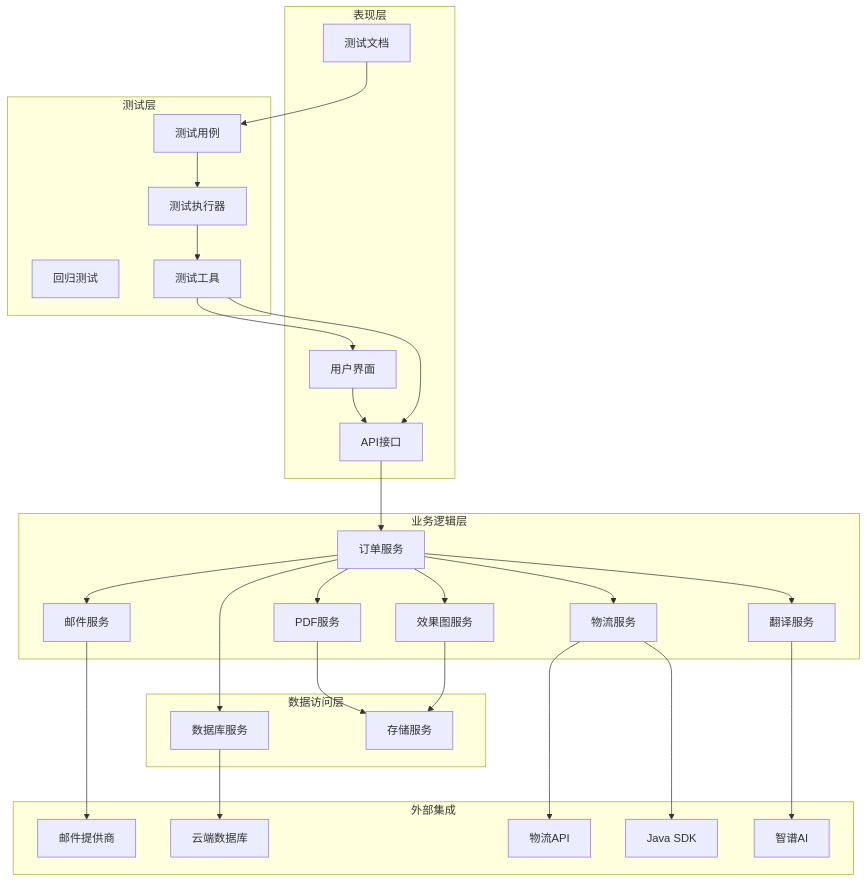
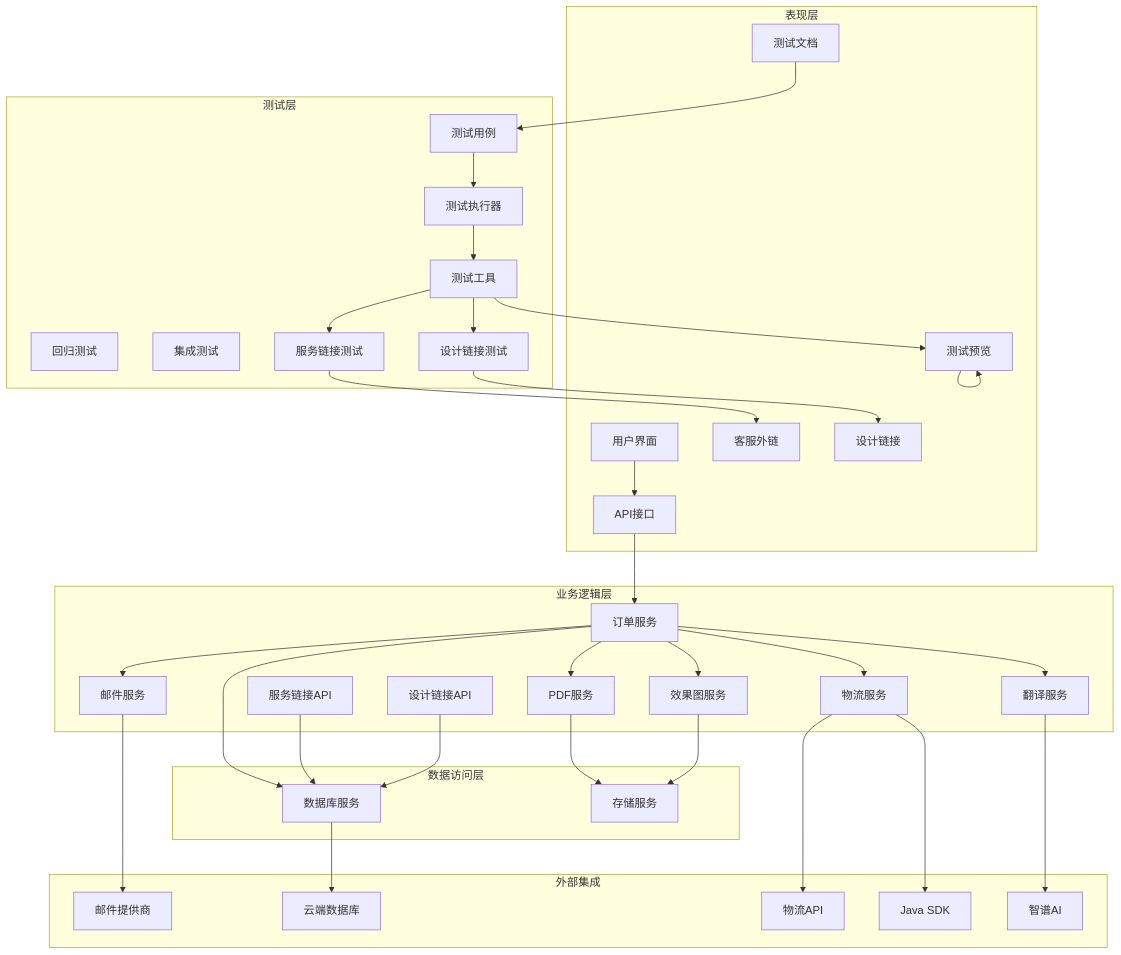
Before and after one commit to SY6621/POD-Order-Management: the second of 50 diagrams in .qoder/repowiki/zh/content/开发指南/测试与开发工具/测试与开发工具.md, drawn with Mermaid. The commit also changed other lines of this file and 15 other files, not shown here.

````diff
--- a/.qoder/repowiki/zh/content/开发指南/测试与开发工具/测试与开发工具.md
+++ b/.qoder/repowiki/zh/content/开发指南/测试与开发工具/测试与开发工具.md
@@ -190,53 +208,68 @@
 ```mermaid
 graph TB
 subgraph "表现层"
 UI[用户界面]
 API[API接口]
 TestDocs[测试文档]
+ServiceLink[客服外链]
+DesignLink[设计链接]
+TestPreviews[测试预览]
 end
 subgraph "业务逻辑层"
 OrderService[订单服务]
 EmailService[邮件服务]
 PDFService[PDF服务]
 EffectImageService[效果图服务]
 LogisticsService[物流服务]
 TranslationService[翻译服务]
+ServiceLinkAPI[服务链接API]
+DesignLinkAPI[设计链接API]
 end
 subgraph "数据访问层"
 DatabaseService[数据库服务]
 StorageService[存储服务]
 end
 subgraph "外部集成"
 EmailProvider[邮件提供商]
 Supabase[云端数据库]
 ShippingAPI[物流API]
 JavaSDK[Java SDK]
 ZhipuAI[智谱AI]
 end
 subgraph "测试层"
 RegressionTest[回归测试]
 TestCase[测试用例]
 TestRunner[测试执行器]
 TestTools[测试工具]
+IntegrationTest[集成测试]
+ServiceLinkTest[服务链接测试]
+DesignLinkTest[设计链接测试]
+TestPreviews[测试预览]
 end
 UI --> API
 API --> OrderService
 OrderService --> EmailService
 OrderService --> PDFService
 OrderService --> EffectImageService
 OrderService --> LogisticsService
 OrderService --> TranslationService
 OrderService --> DatabaseService
 DatabaseService --> Supabase
 EmailService --> EmailProvider
 PDFService --> StorageService
 EffectImageService --> StorageService
 LogisticsService --> ShippingAPI
 LogisticsService --> JavaSDK
 TranslationService --> ZhipuAI
+ServiceLinkAPI --> DatabaseService
+DesignLinkAPI --> DatabaseService
 TestDocs --> TestCase
 TestCase --> TestRunner
 TestRunner --> TestTools
-TestTools --> UI
-TestTools --> API
+TestTools --> ServiceLinkTest
+TestTools --> DesignLinkTest
+TestTools --> TestPreviews
+ServiceLinkTest --> ServiceLink
+DesignLinkTest --> DesignLink
+TestPreviews --> TestPreviews
 ```
````
